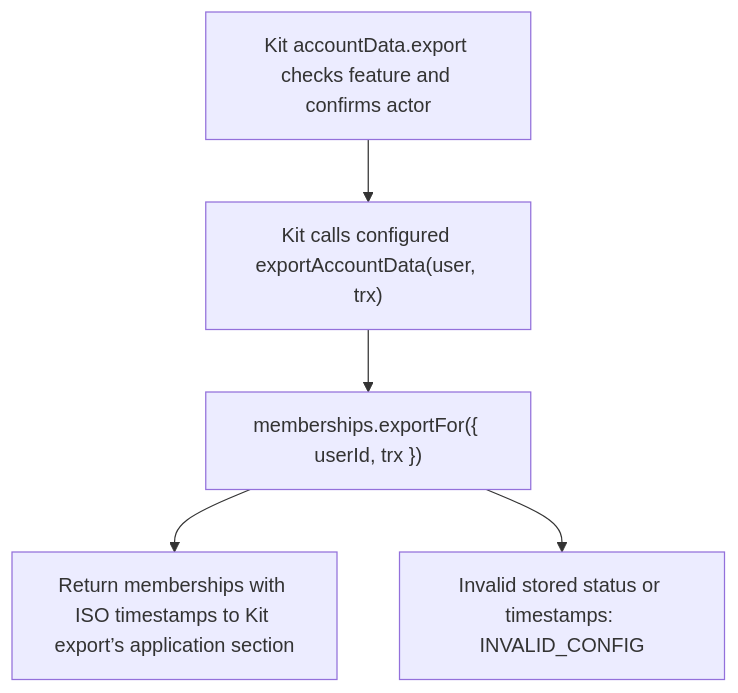
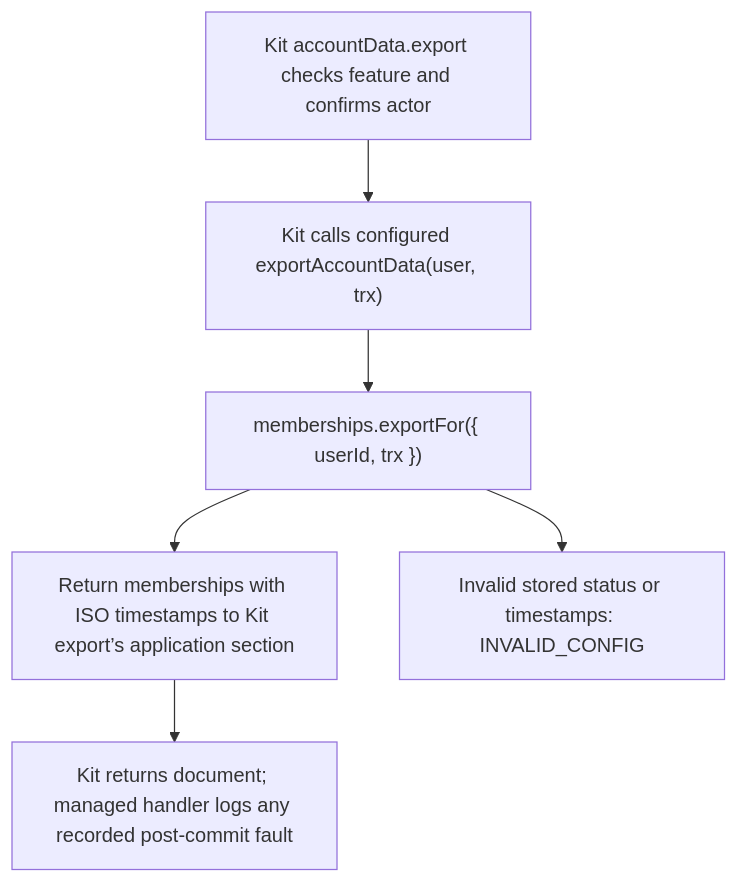
One commit to Kevinjohn/oss-adonisjs-access-control changed the second of 2 diagrams in user-stories/US-ACCESS-13-integrate-account-lifecycle.md. Above: the diagram before and after it, drawn with Mermaid. The commit also changed other lines of this file and 22 other files, not shown here.

````diff
--- a/user-stories/US-ACCESS-13-integrate-account-lifecycle.md
+++ b/user-stories/US-ACCESS-13-integrate-account-lifecycle.md
@@ -32,6 +32,7 @@
 ```mermaid
 flowchart TD
     A0["Kit accountData.export checks feature and confirms actor"] --> A["Kit calls configured exportAccountData(user, trx)"] --> B["memberships.exportFor({ userId, trx })"]
     B --> C["Return memberships with ISO timestamps to Kit export’s application section"]
+    C --> D["Kit returns document; managed handler logs any recorded post-commit fault"]
     B --> X["Invalid stored status or timestamps: INVALID_CONFIG"]
 ```
````
